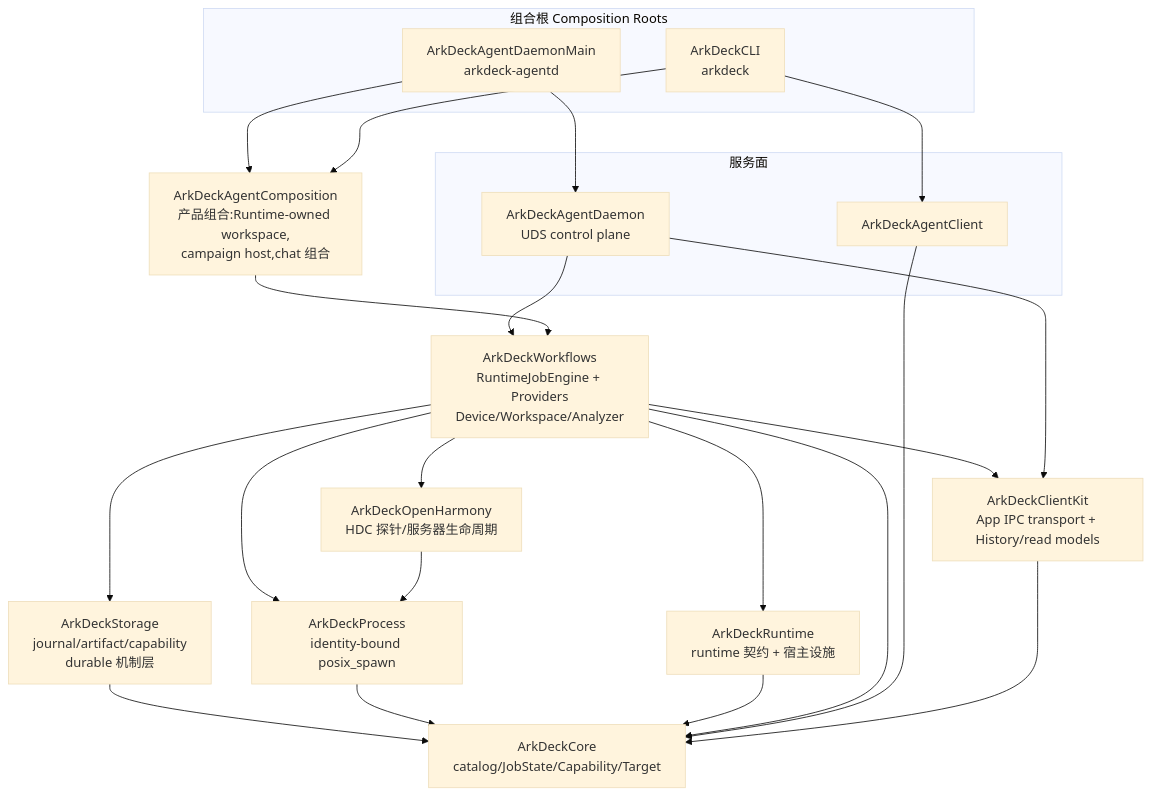
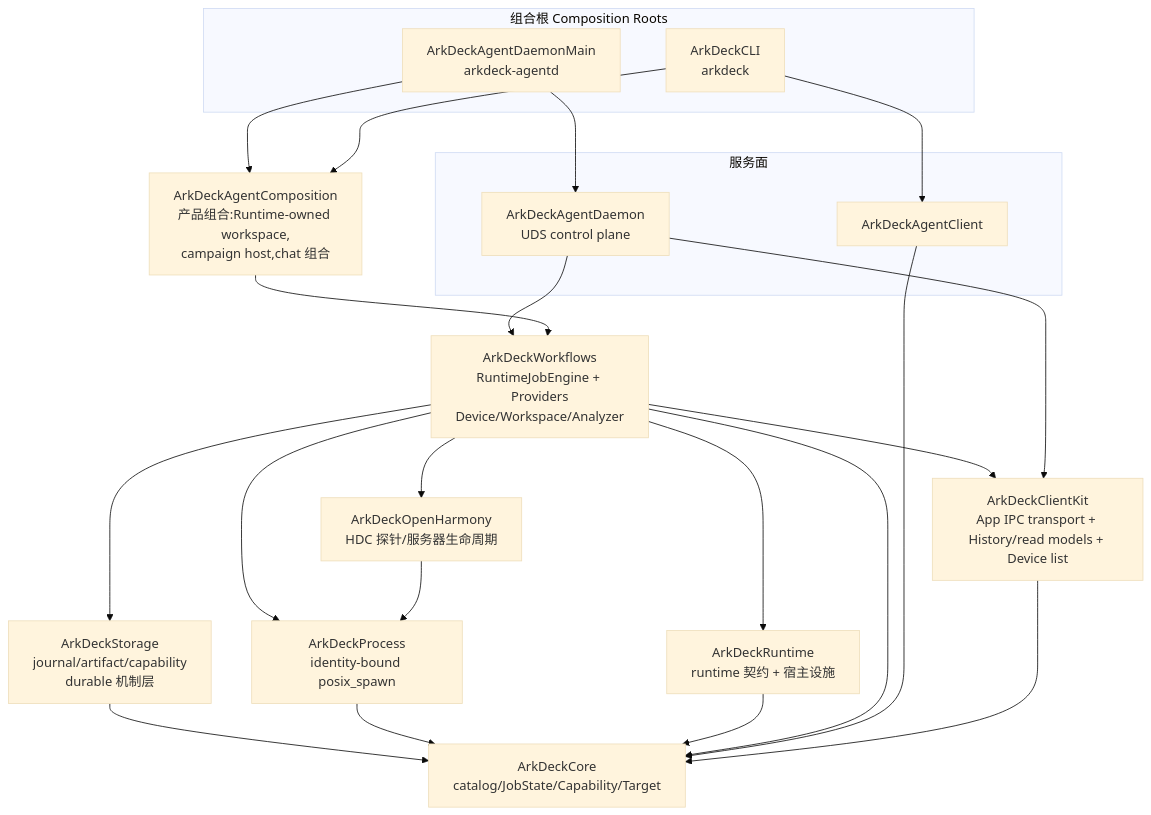
The diagram in docs/ArchitectureRules.md (ArkDeck/ArkDeck), drawn with Mermaid (base theme) before and after one commit. The commit also changed other lines of this file and 14 other files, not shown here.

First line of the commit message:
refactor(TASK-XPA-019): move the Device list facade into ArkDeckClientKit (#1991)

````diff
--- a/docs/ArchitectureRules.md
+++ b/docs/ArchitectureRules.md
@@ -24,38 +24,38 @@
 ```mermaid
 graph TD
     subgraph 组合根 Composition Roots
         DMAIN[ArkDeckAgentDaemonMain<br/>arkdeck-agentd]
         CLI[ArkDeckCLI<br/>arkdeck]
     end
     subgraph 服务面
         DAEMON[ArkDeckAgentDaemon<br/>UDS control plane]
         CLIENT[ArkDeckAgentClient]
     end
     COMP[ArkDeckAgentComposition<br/>产品组合:Runtime-owned workspace,<br/>campaign host,chat 组合]
     WORKFLOWS[ArkDeckWorkflows<br/>RuntimeJobEngine + Providers<br/>Device/Workspace/Analyzer]
     STORAGE[ArkDeckStorage<br/>journal/artifact/capability<br/>durable 机制层]
     OH[ArkDeckOpenHarmony<br/>HDC 探针/服务器生命周期]
     PROC[ArkDeckProcess<br/>identity-bound posix_spawn]
     RT[ArkDeckRuntime<br/>runtime 契约 + 宿主设施]
     CORE[ArkDeckCore<br/>catalog/JobState/Capability/Target]
 
     DMAIN --> DAEMON
     DMAIN --> COMP
     CLI --> COMP
     CLI --> CLIENT
     DAEMON --> WORKFLOWS
     COMP --> WORKFLOWS
     WORKFLOWS --> OH
     WORKFLOWS --> STORAGE
     WORKFLOWS --> PROC
     WORKFLOWS --> RT
     OH --> PROC
     STORAGE --> CORE
     PROC --> CORE
     RT --> CORE
     WORKFLOWS --> CORE
     CLIENT --> CORE
-    CLIENTKIT[ArkDeckClientKit<br/>App IPC transport + History/read models] --> CORE
+    CLIENTKIT[ArkDeckClientKit<br/>App IPC transport + History/read models + Device list] --> CORE
     WORKFLOWS --> CLIENTKIT
     DAEMON --> CLIENTKIT
 ```
````
